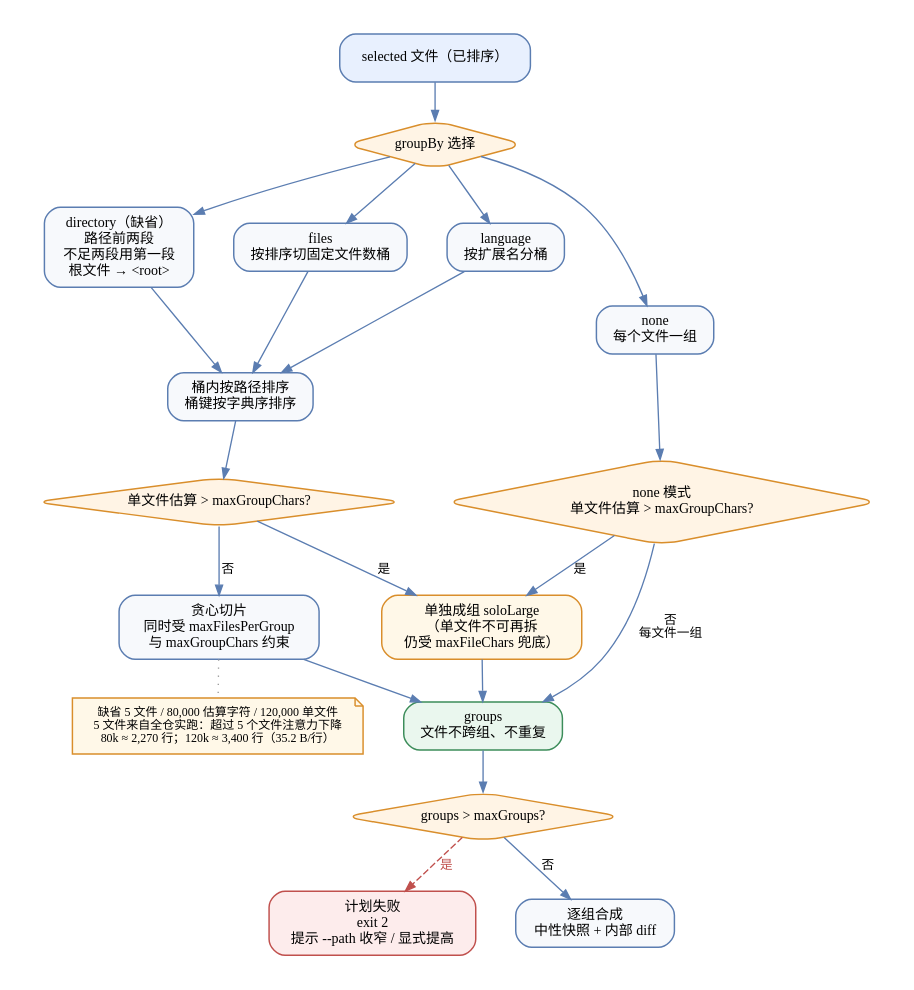
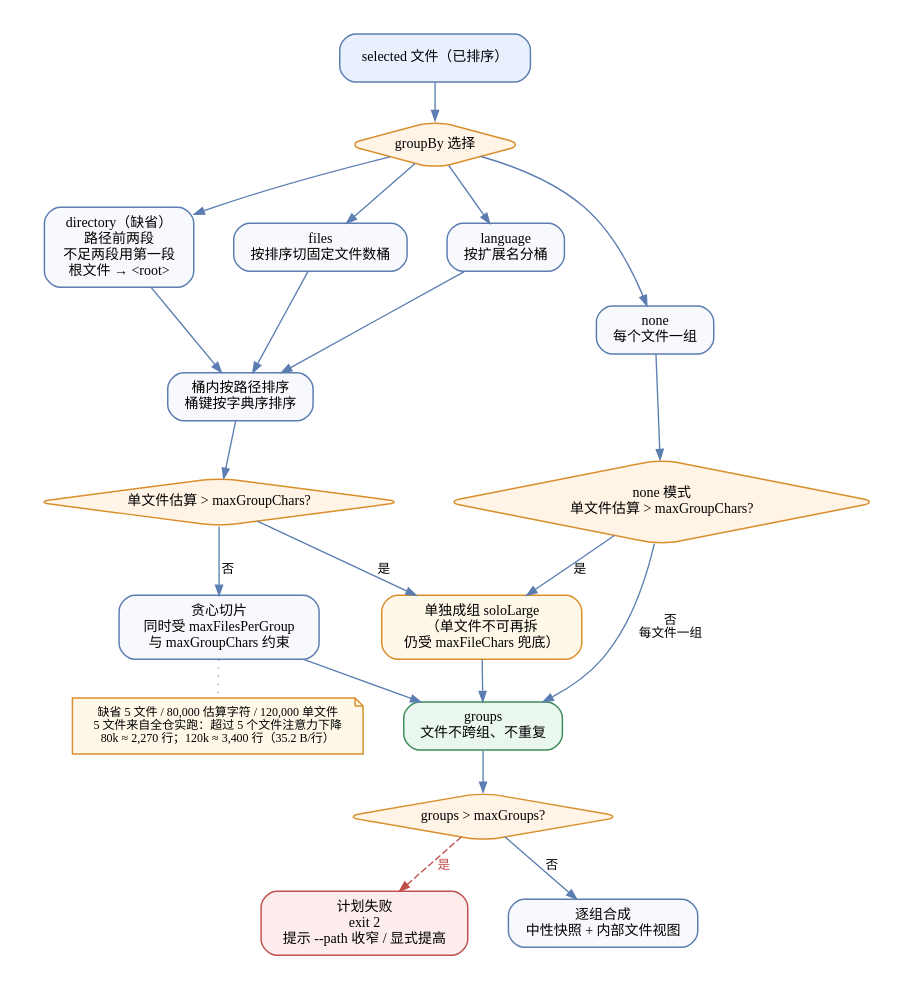
Before and after one commit to ffanwei/ReviewAgent-pi: the diagram in docs/design/assets/repo-review-flow/03-grouping.dot, drawn with Graphviz. The commit also changed 13 other files, not shown here.

```diff
--- a/docs/design/assets/repo-review-flow/03-grouping.dot
+++ b/docs/design/assets/repo-review-flow/03-grouping.dot
@@ -1,68 +1,68 @@
 // 图 3：分组与预算（docs/design/全仓扫描-方案与契约.md §4）
 // 渲染：dot -Tpng -Gdpi=150 03-grouping.dot -o repo-review-grouping-flow.png
 digraph GroupingFlow {
   graph [
     rankdir=TB,
     fontname="Microsoft YaHei",
     fontsize=13,
     nodesep=0.42,
     ranksep=0.38,
     pad=0.25,
     bgcolor="white"
   ];
   node [
     fontname="Microsoft YaHei",
     fontsize=10.5,
     shape=box,
     style="rounded,filled",
     fillcolor="#F7F9FC",
     color="#5B7DB1",
     penwidth=1.1,
     margin="0.16,0.09"
   ];
   edge [
     fontname="Microsoft YaHei",
     fontsize=9.5,
     color="#5B7DB1",
     arrowsize=0.75
   ];
 
   selected [label="selected 文件（已排序）", fillcolor="#E8F0FE"];
   mode [label="groupBy 选择", shape=diamond, fillcolor="#FFF4E5", color="#D98E2B", margin="0.08,0.05"];
   directory [label="directory（缺省）\n路径前两段\n不足两段用第一段\n根文件 → <root>"];
   files [label="files\n按排序切固定文件数桶"];
   language [label="language\n按扩展名分桶"];
   none [label="none\n每个文件一组"];
   sort [label="桶内按路径排序\n桶键按字典序排序"];
   nCheck [label="none 模式\n单文件估算 > maxGroupChars?", shape=diamond, fillcolor="#FFF4E5", color="#D98E2B", margin="0.08,0.05"];
   chunk [label="贪心切片\n同时受 maxFilesPerGroup\n与 maxGroupChars 约束"];
   single [label="单文件估算 > maxGroupChars?", shape=diamond, fillcolor="#FFF4E5", color="#D98E2B", margin="0.08,0.05"];
   solo [label="单独成组 soloLarge\n（单文件不可再拆\n仍受 maxFileChars 兜底）", fillcolor="#FFF8E8", color="#D98E2B"];
   groups [label="groups\n文件不跨组、不重复", fillcolor="#EAF7EE", color="#3C8D5A"];
   guard [label="groups > maxGroups?", shape=diamond, fillcolor="#FFF4E5", color="#D98E2B", margin="0.08,0.05"];
   fail [label="计划失败\nexit 2\n提示 --path 收窄 / 显式提高", fillcolor="#FDECEC", color="#C0504D"];
-  synth [label="逐组合成\n中性快照 + 内部 diff"];
+  synth [label="逐组合成\n中性快照 + 内部文件视图"];
 
   selected -> mode;
   mode -> directory;
   mode -> files;
   mode -> language;
   mode -> none;
   directory -> sort;
   files -> sort;
   language -> sort;
   none -> nCheck;
   nCheck -> solo [label=" 是"];
   nCheck -> groups [label=" 否\n每文件一组"];
   sort -> single;
   single -> solo [label=" 是"];
   single -> chunk [label=" 否"];
   chunk -> groups;
   solo -> groups;
   groups -> guard;
   guard -> fail [label=" 是", style=dashed, color="#C0504D", fontcolor="#C0504D"];
   guard -> synth [label=" 否"];
 
   note [shape=note, label="缺省 5 文件 / 80,000 估算字符 / 120,000 单文件\n5 文件来自全仓实跑：超过 5 个文件注意力下降\n80k ≈ 2,270 行；120k ≈ 3,400 行（35.2 B/行）", fillcolor="#FFF8E8", color="#D98E2B", fontsize=9];
   chunk -> note [style=dotted, arrowhead=none, color="#999999"];
 }
```
